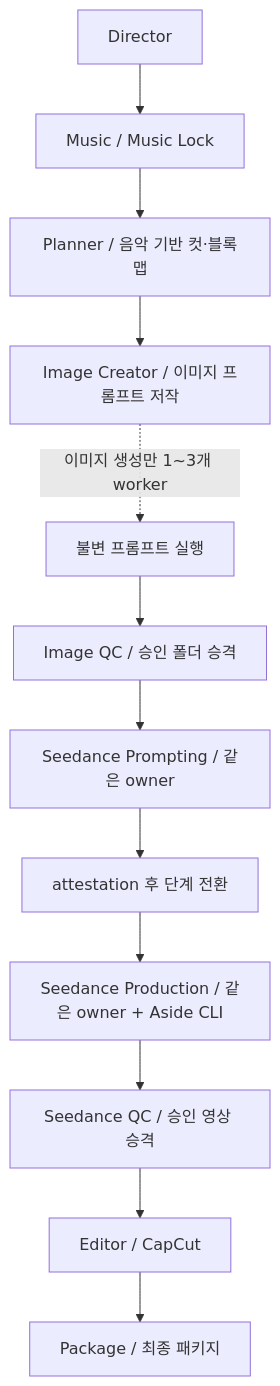
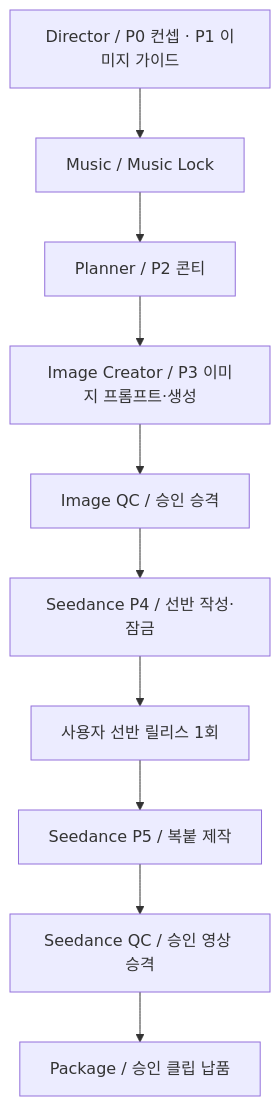
Before and after one commit to GnuDaSsa/video-team-workflow: the diagram in runtime/AGENTS.md, drawn with Mermaid. The commit also changed other lines of this file and 116 other files, not shown here.

````diff
--- a/runtime/AGENTS.md
+++ b/runtime/AGENTS.md
@@ -21,14 +22,12 @@
 ```mermaid
 flowchart TD
-  D["Director"] --> M["Music / Music Lock"]
-  M --> P["Planner / 음악 기반 컷·블록맵"]
-  P --> I["Image Creator / 이미지 프롬프트 저작"]
-  I -. "이미지 생성만 1~3개 worker" .-> W["불변 프롬프트 실행"]
-  W --> IQ["Image QC / 승인 폴더 승격"]
-  IQ --> SP["Seedance Prompting / 같은 owner"]
-  SP --> SU["attestation 후 단계 전환"]
-  SU --> SX["Seedance Production / 같은 owner + Aside CLI"]
+  D["Director / P0 컨셉 · P1 이미지 가이드"] --> M["Music / Music Lock"]
+  M --> P["Planner / P2 콘티"]
+  P --> I["Image Creator / P3 이미지 프롬프트·생성"]
+  I --> IQ["Image QC / 승인 승격"]
+  IQ --> SP["Seedance P4 / 선반 작성·잠금"]
+  SP --> R["사용자 선반 릴리스 1회"]
+  R --> SX["Seedance P5 / 복붙 제작"]
   SX --> SQ["Seedance QC / 승인 영상 승격"]
-  SQ --> E["Editor / CapCut"]
-  E --> K["Package / 최종 패키지"]
+  SQ --> K["Package / 승인 클립 납품"]
 ```
````
